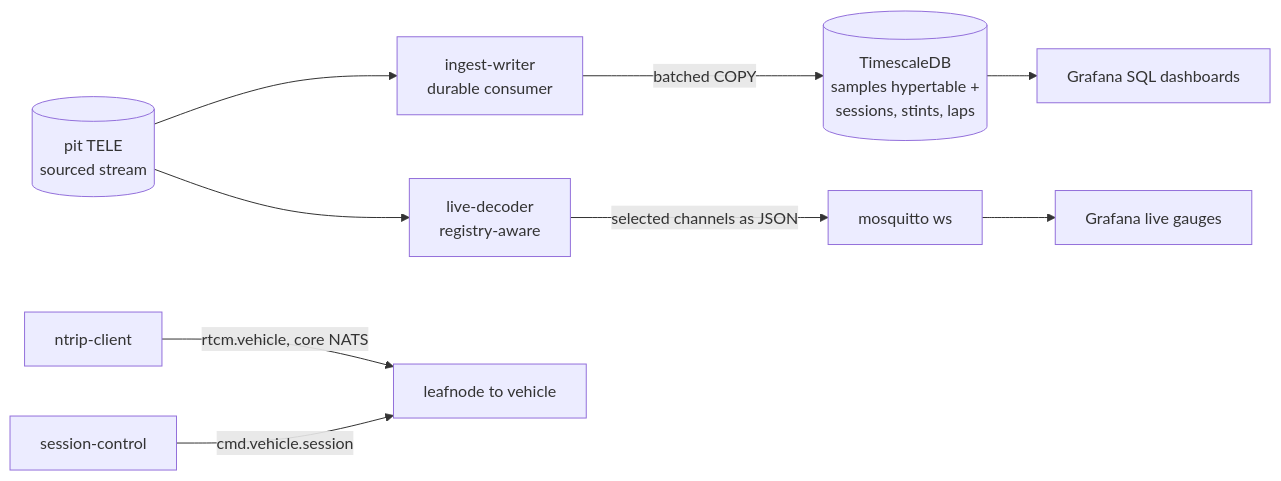
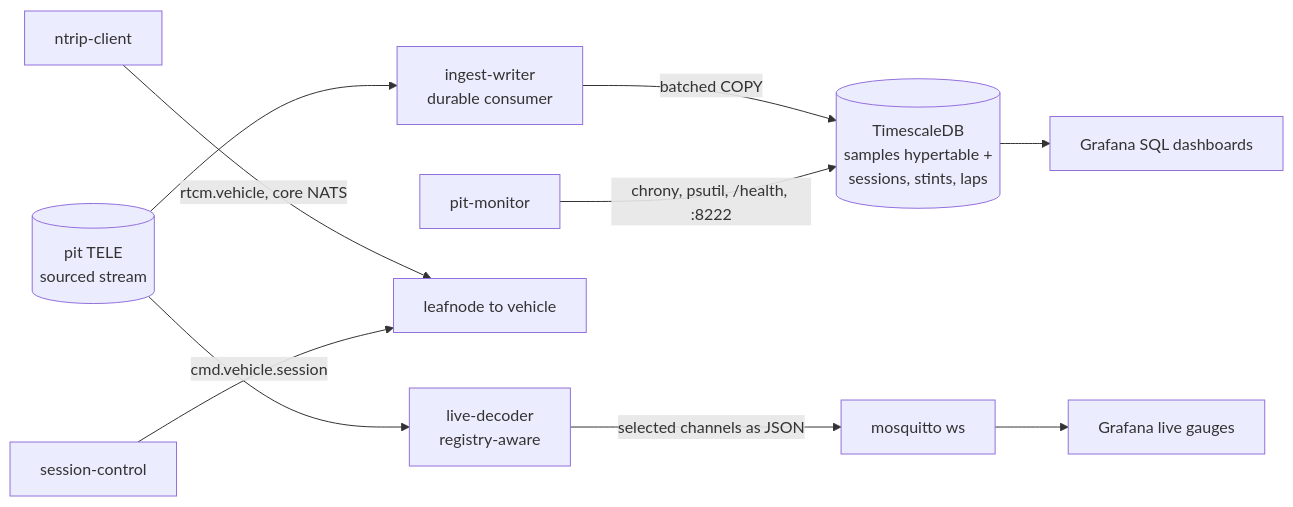
The third of 4 diagrams in docs/ARCHITECTURE.md (Robert-McMahon/openlaps), drawn with Mermaid before and after one commit. The commit also changed other lines of this file and 18 other files, not shown here.

````diff
--- a/docs/ARCHITECTURE.md
+++ b/docs/ARCHITECTURE.md
@@ -115,10 +115,11 @@
 ```mermaid
 flowchart LR
   SRC[(pit TELE<br/>sourced stream)] --> W[ingest-writer<br/>durable consumer]
   W -- "batched COPY" --> DB[(TimescaleDB<br/>samples hypertable +<br/>sessions, stints, laps)]
   SRC --> L[live-decoder<br/>registry-aware]
   L -- "selected channels as JSON" --> M[mosquitto ws] --> G1[Grafana live gauges]
   DB --> G2[Grafana SQL dashboards]
   NC[ntrip-client] -- "rtcm.vehicle, core NATS" --> LEAF[leafnode to vehicle]
   S[session-control] -- "cmd.vehicle.session" --> LEAF
+  PM[pit-monitor] -- "chrony, psutil, /health, :8222" --> DB
 ```
````
